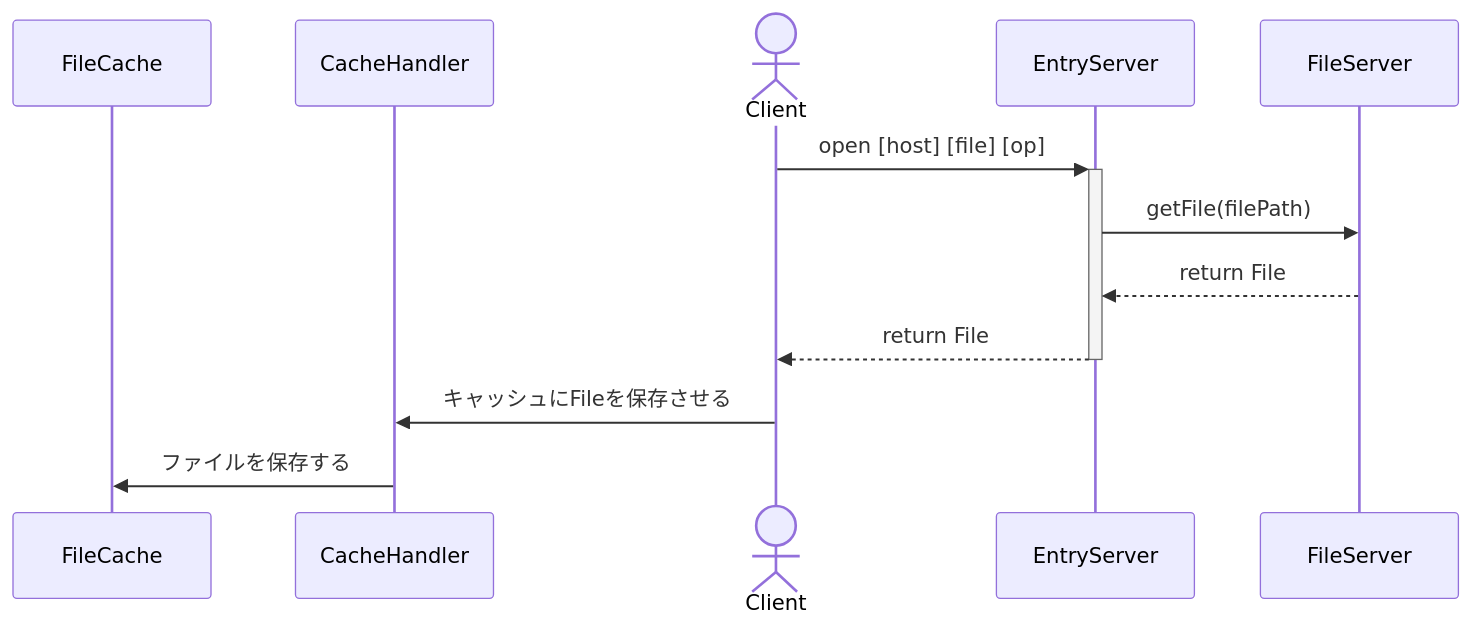
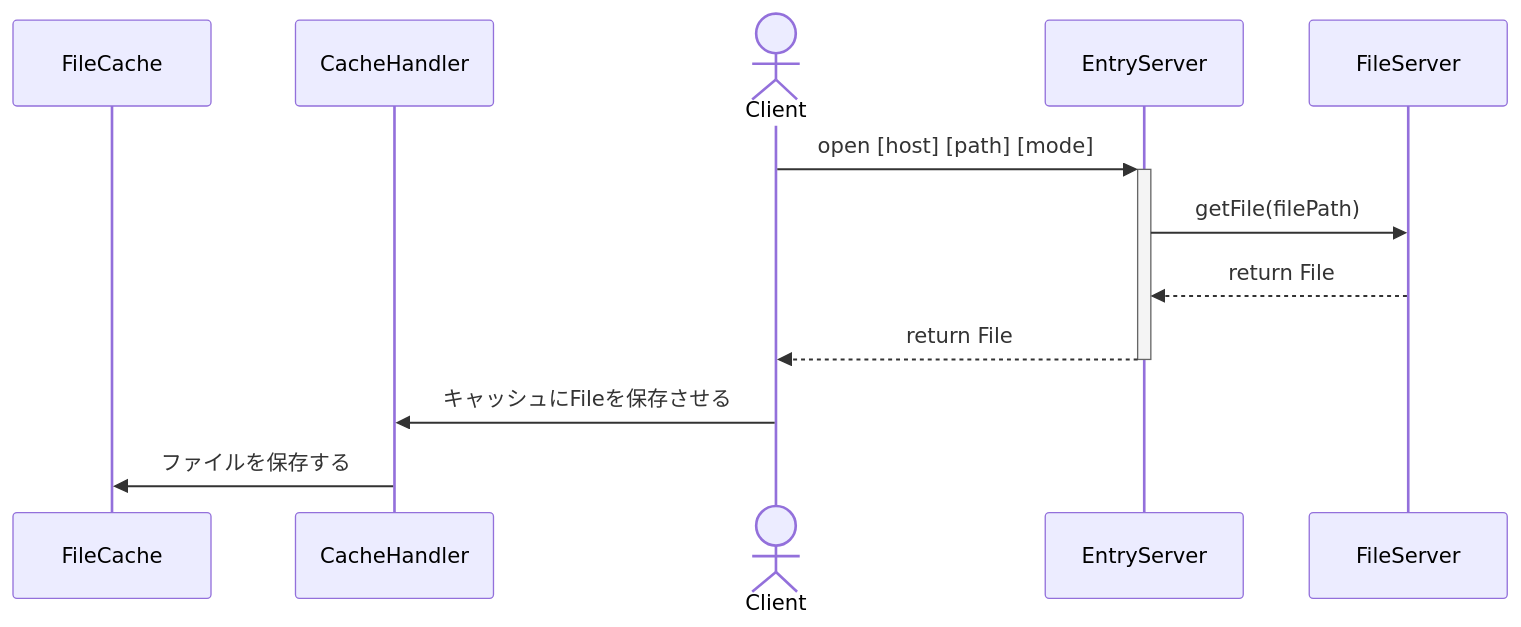
The first of 4 diagrams in design/sequence.md (kaitokimuraofficial/distributed-file-systems), drawn with Mermaid before and after one commit.

````diff
--- a/design/sequence.md
+++ b/design/sequence.md
@@ -2,16 +2,16 @@
 ```mermaid
 sequenceDiagram
 
   participant FC as FileCache
   participant CH as CacheHandler
   actor C as Client
   participant ES as EntryServer　
   participant FS as FileServer
 
-  C->>+ES: open [host] [file] [op]
+  C->>+ES: open [host] [path] [mode]
   ES->>FS: getFile(filePath)
   FS-->>ES: return File
   ES-->>-C: return File
   C->>CH: キャッシュにFileを保存させる
   CH->>FC: ファイルを保存する
 ```
````
